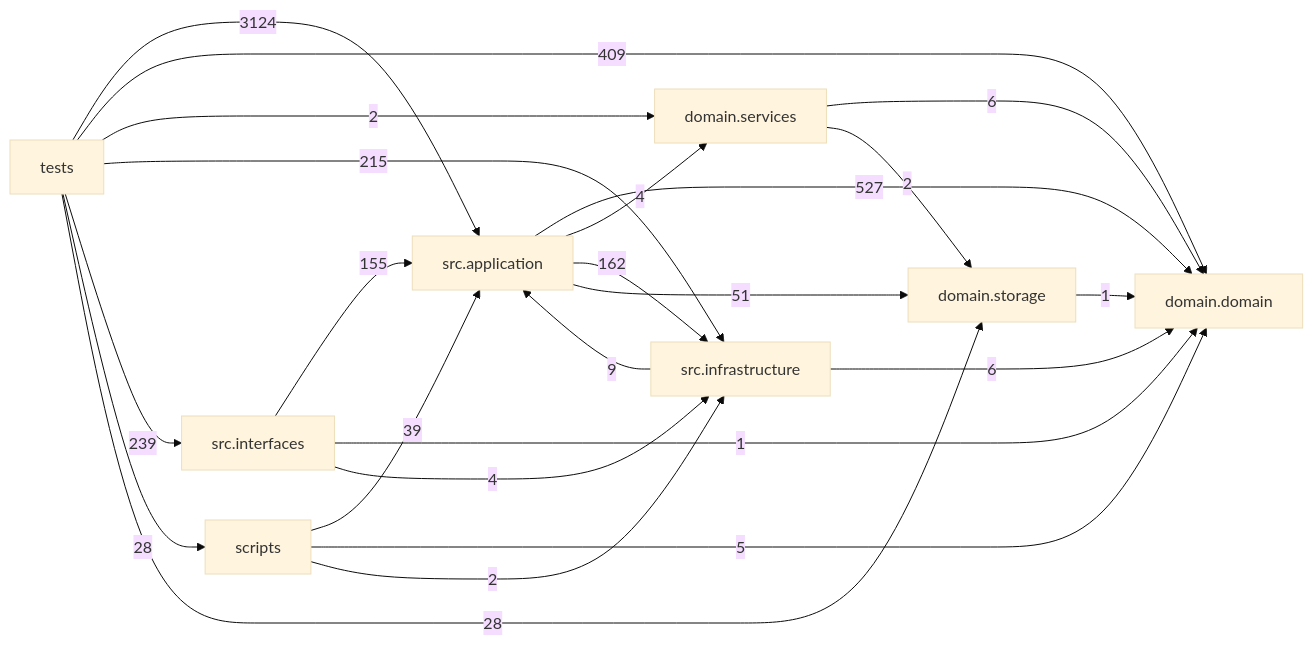
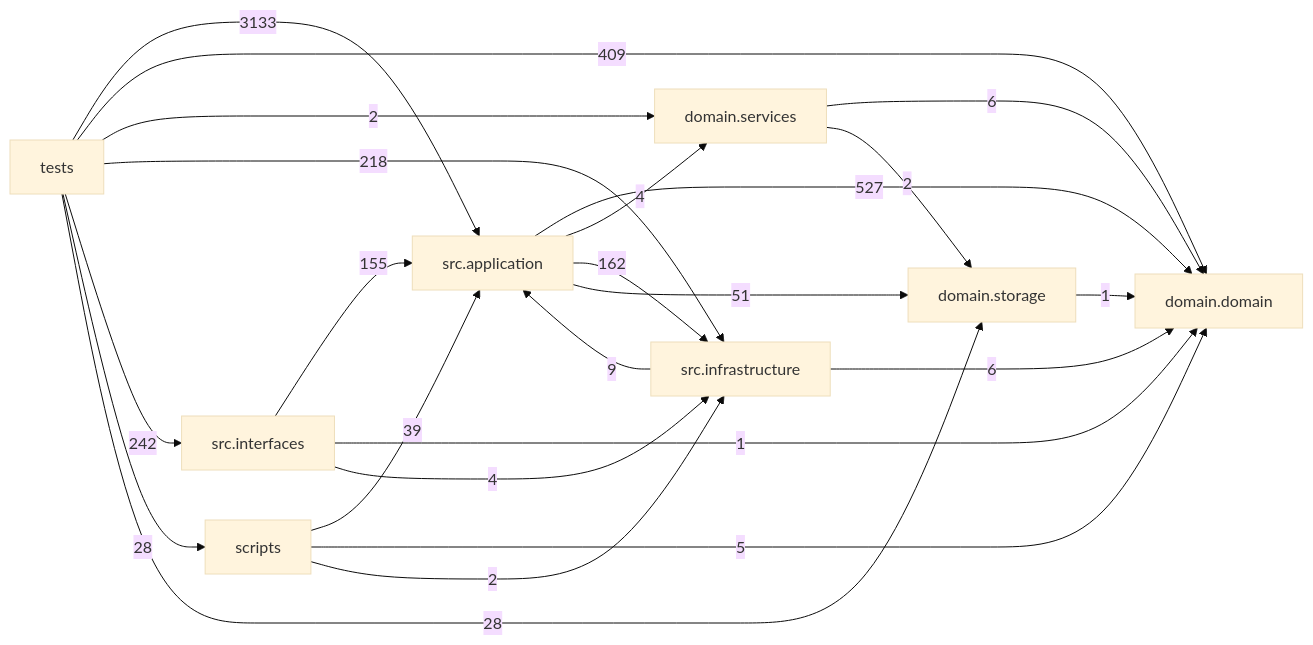
Before and after one commit to liuxie066/options-monitor: the diagram in docs/DEPENDENCY_GRAPH.md, drawn with Mermaid (base theme). The commit also changed other lines of this file and 12 other files, not shown here.

````diff
--- a/docs/DEPENDENCY_GRAPH.md
+++ b/docs/DEPENDENCY_GRAPH.md
@@ -24,33 +24,33 @@
 ```mermaid
 flowchart LR
   tests["tests"]
   scripts["scripts"]
   interfaces["src.interfaces"]
   application["src.application"]
   infrastructure["src.infrastructure"]
   domain_services["domain.services"]
   domain["domain.domain"]
   storage["domain.storage"]
   application -->|527| domain
   application -->|4| domain_services
   application -->|162| infrastructure
   application -->|51| storage
   domain_services -->|6| domain
   domain_services -->|2| storage
   infrastructure -->|9| application
   infrastructure -->|6| domain
   interfaces -->|155| application
   interfaces -->|1| domain
   interfaces -->|4| infrastructure
   scripts -->|39| application
   scripts -->|5| domain
   scripts -->|2| infrastructure
   storage -->|1| domain
-  tests -->|3124| application
+  tests -->|3133| application
   tests -->|409| domain
   tests -->|2| domain_services
-  tests -->|215| infrastructure
-  tests -->|239| interfaces
+  tests -->|218| infrastructure
+  tests -->|242| interfaces
   tests -->|28| scripts
   tests -->|28| storage
 ```
````
